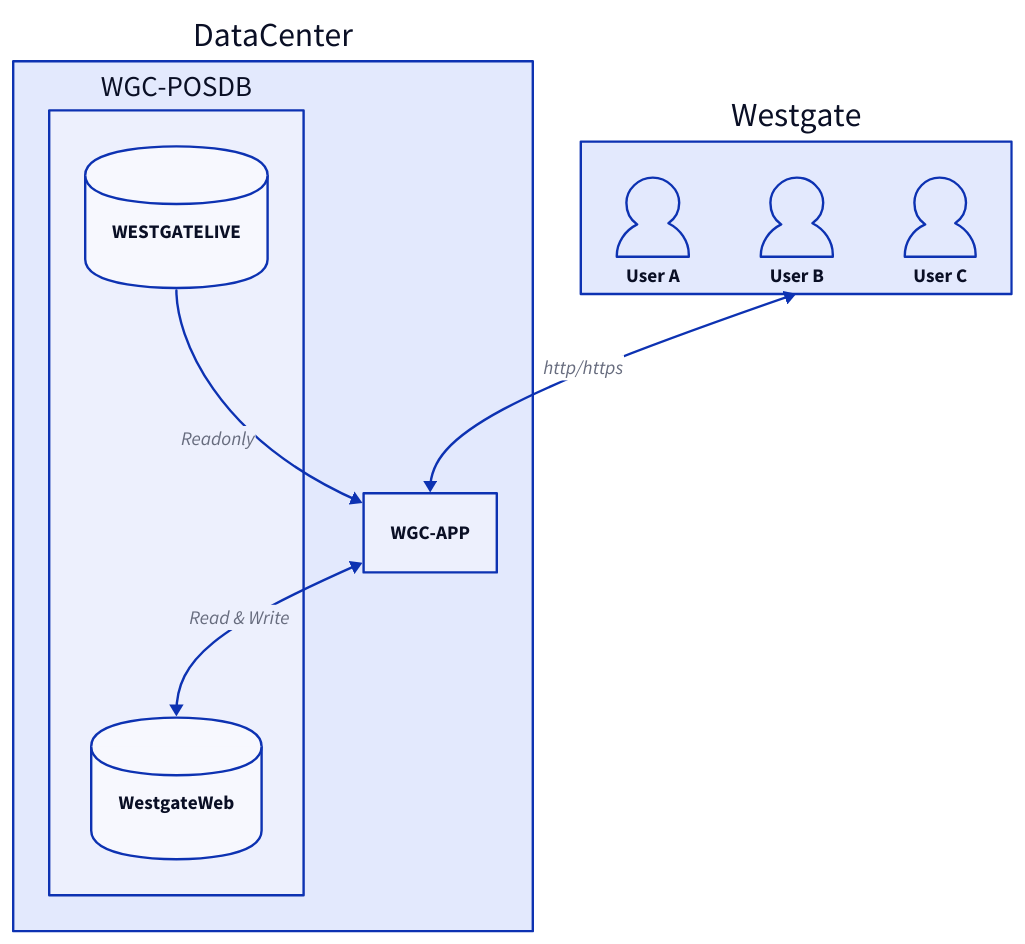
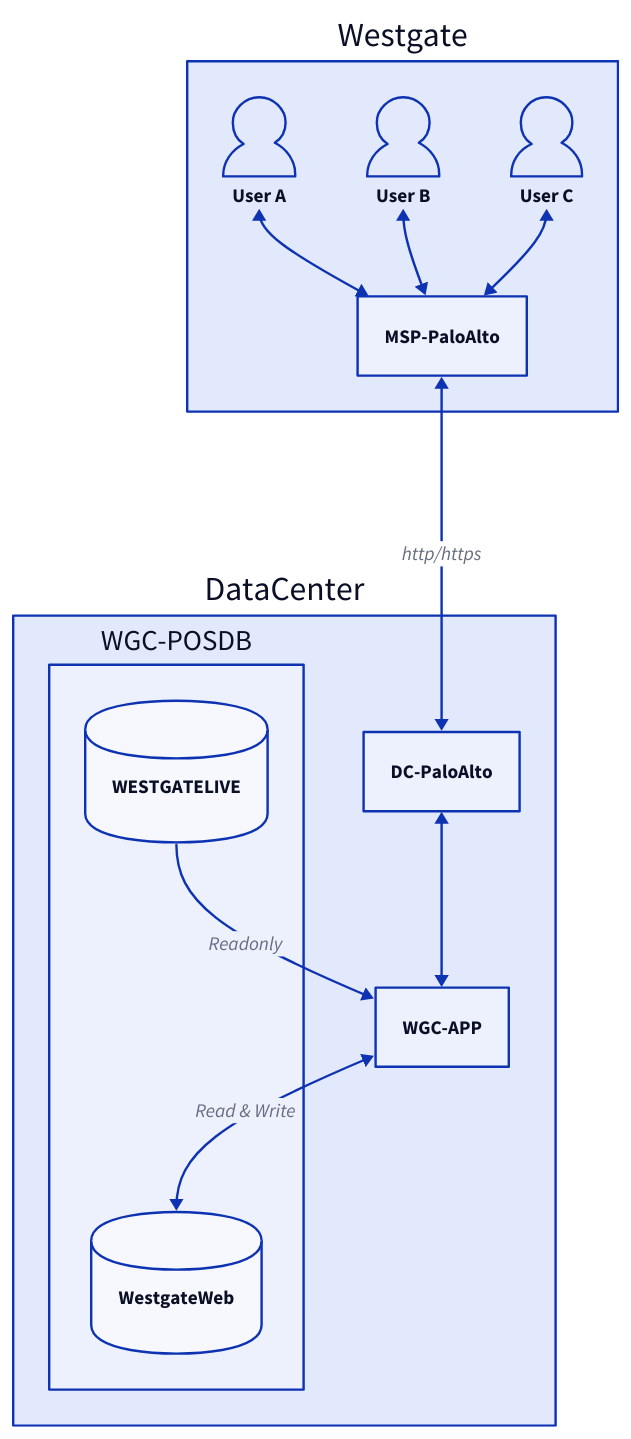
Before and after one commit to wchesley/notebook: the diagram in Work/DeploymentDiagram.d2, drawn with D2. The commit also changed 4 other files, not shown here.

Commit message:
docs: updated diagrams

```diff
--- a/Work/DeploymentDiagram.d2
+++ b/Work/DeploymentDiagram.d2
@@ -1,21 +1,27 @@
 Westgate: {
     User A
     User B
     User C
     User A.shape: person
     User B.shape: person
     User C.shape: person
+    MSP-PaloAlto
 }
 DataCenter:{
     WGC-POSDB {
         WestgateWeb
         WESTGATELIVE
         WestgateWeb.shape: cylinder
         WESTGATELIVE.shape: cylinder
     }
     WGC-APP
+    DC-PaloAlto
 }
 
-Westgate <-> DataCenter.WGC-APP: http/https
+Westgate.User A <-> Westgate.MSP-PaloAlto
+Westgate.User B <-> Westgate.MSP-PaloAlto
+Westgate.User C <-> Westgate.MSP-PaloAlto
+Westgate.MSP-PaloAlto <-> DataCenter.DC-PaloAlto: http/https
+DataCenter.DC-PaloAlto <-> DataCenter.WGC-APP
 DataCenter.WGC-App <-> DataCenter.WGC-POSDB.WestgateWeb: Read & Write
 DataCenter.WGC-App <- DataCenter.WGC-POSDB.WESTGATELIVE: Readonly
```
